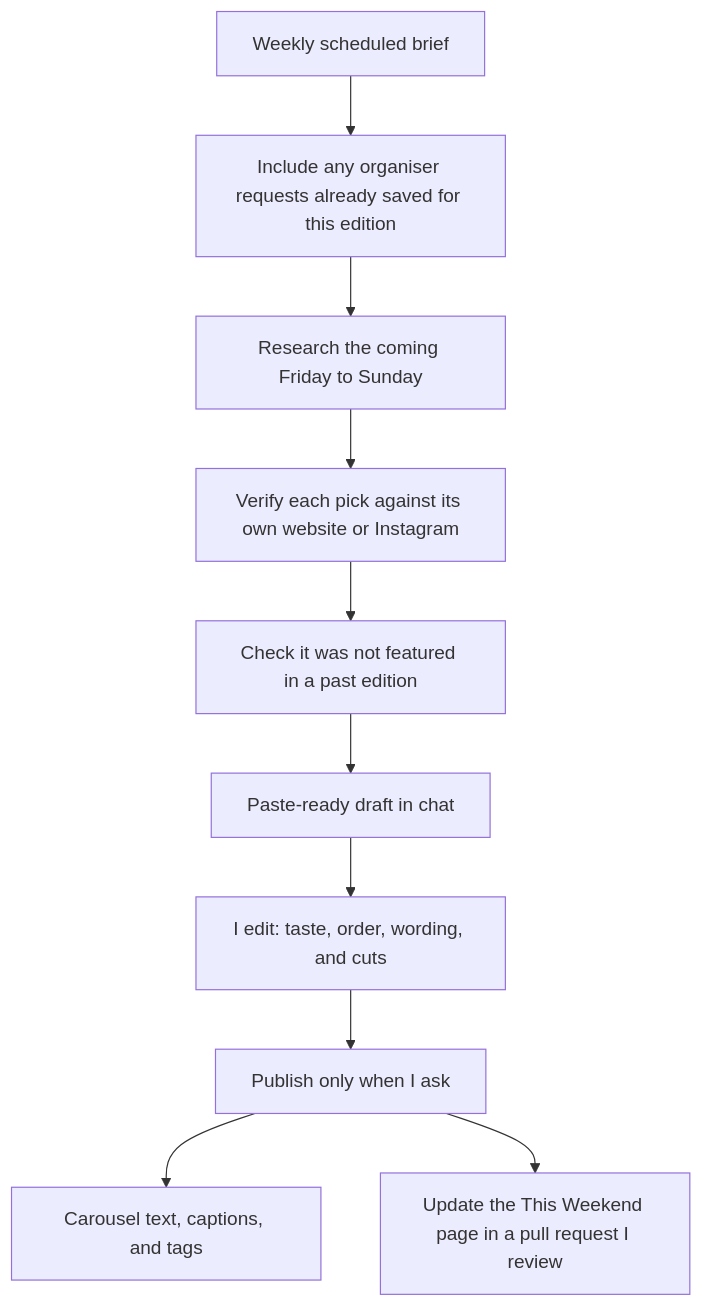
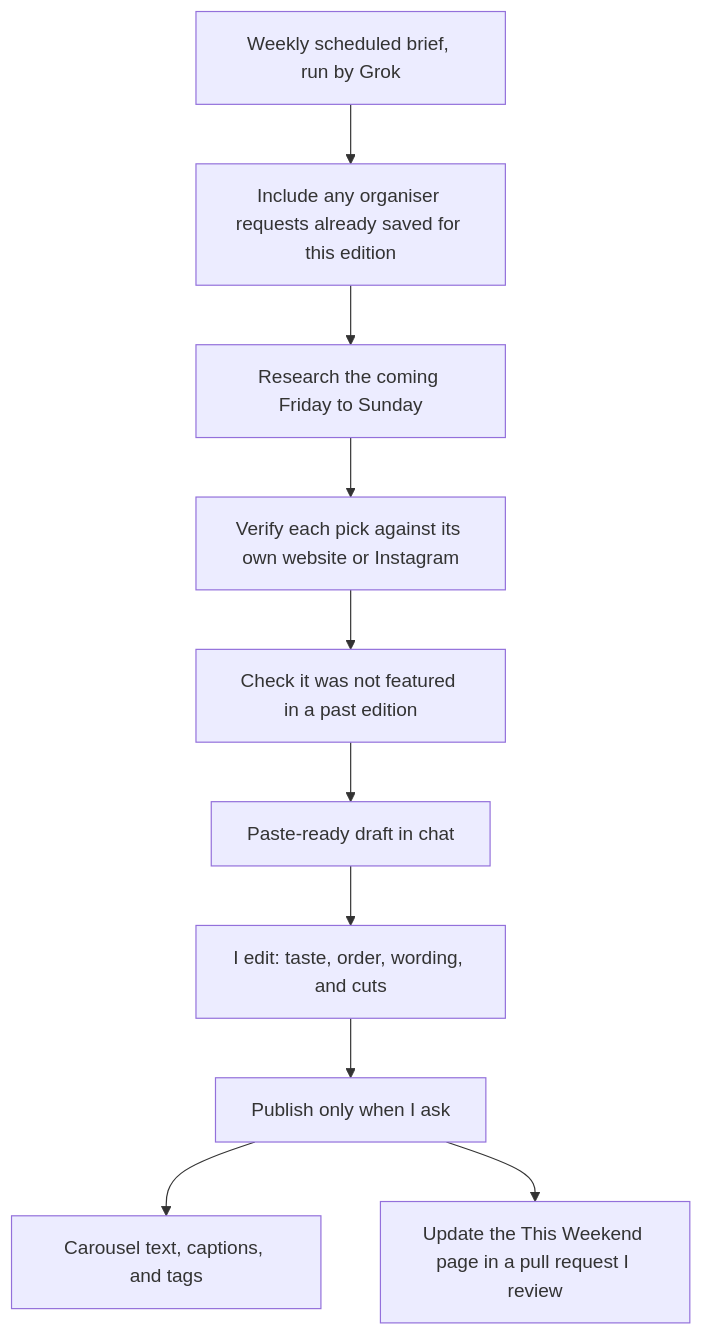
Before and after one commit to annoushkaxyz/lwt-weekly-newsletter: the diagram in README.md, drawn with Mermaid. The commit also changed other lines of this file, not shown here.

Commit message:
Name Grok as the assistant that runs the brief
Claude-Session: https://claude.ai/code/session_01XfDmgn8zGM6VqApHsgsBHL

````diff
--- a/README.md
+++ b/README.md
@@ -27,12 +27,12 @@
 ```mermaid
 flowchart TD
-  A[Weekly scheduled brief] --> B[Include any organiser requests already saved for this edition]
+  A[Weekly scheduled brief, run by Grok] --> B[Include any organiser requests already saved for this edition]
   B --> C[Research the coming Friday to Sunday]
   C --> D[Verify each pick against its own website or Instagram]
   D --> E[Check it was not featured in a past edition]
   E --> F[Paste-ready draft in chat]
   F --> G[I edit: taste, order, wording, and cuts]
   G --> H[Publish only when I ask]
   H --> I[Carousel text, captions, and tags]
   H --> J[Update the This Weekend page in a pull request I review]
 ```
````
